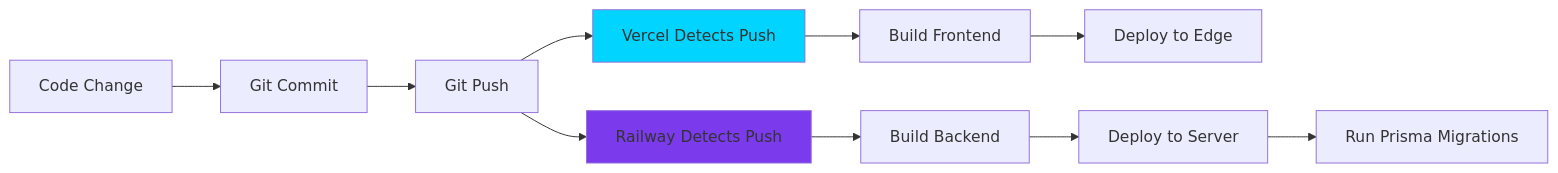
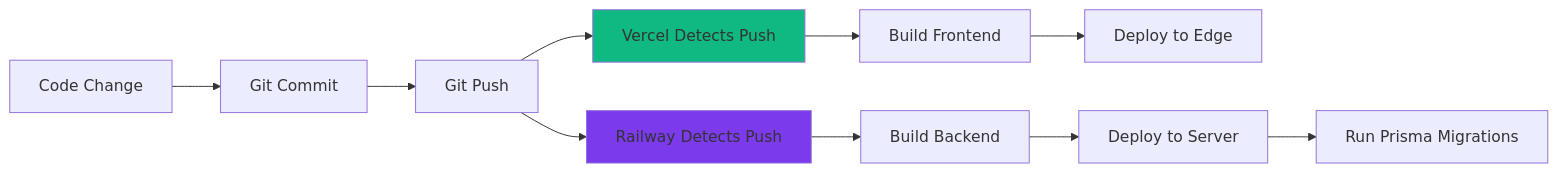
Diagram 11 of 11 in README.md (shams909/Modern-Web-News-Portal), drawn with Mermaid before and after one commit. The commit also changed other lines of this file, not shown here.

````diff
--- a/README.md
+++ b/README.md
@@ -511,17 +511,17 @@
 ```mermaid
 graph LR
     A[Code Change] --> B[Git Commit]
     B --> C[Git Push]
     
     C --> D[Vercel Detects Push]
     D --> E[Build Frontend]
     E --> F[Deploy to Edge]
     
     C --> G[Railway Detects Push]
     G --> H[Build Backend]
     H --> I[Deploy to Server]
     I --> J[Run Prisma Migrations]
     
-    style D fill:#00d4ff
+    style D fill:#10b981
     style G fill:#7c3aed
 ```
````
